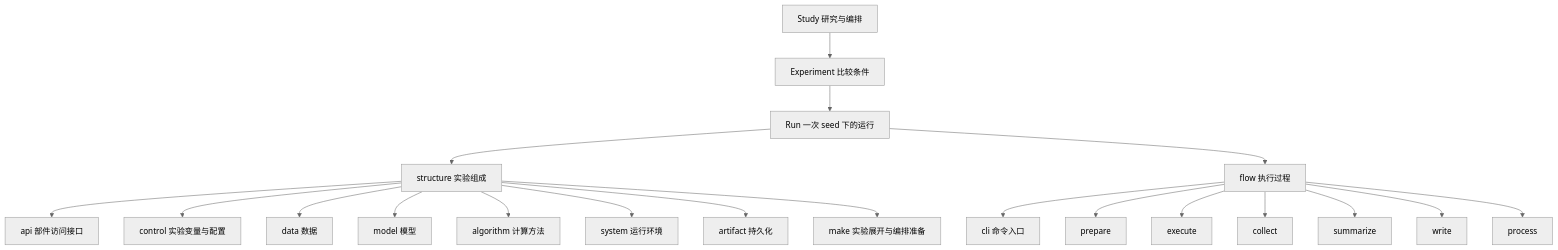
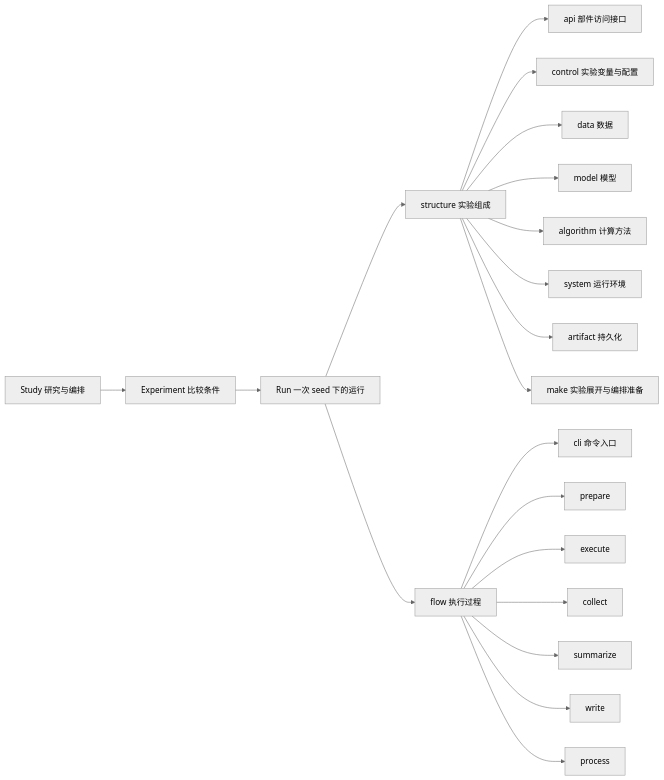
The first of 4 diagrams in docs/架构设计 Architecture Design 研究流水线.md (DreamSoul-AI/RPipe), drawn with Mermaid (neutral theme) before and after one commit. The commit also changed 7 other files, not shown here.

````diff
--- a/docs/架构设计 Architecture Design 研究流水线.md
+++ b/docs/架构设计 Architecture Design 研究流水线.md
@@ -21,22 +21,22 @@
 ```mermaid
-flowchart TB
+flowchart LR
     Study[Study 研究与编排] --> Experiment[Experiment 比较条件]
     Experiment --> Run[Run 一次 seed 下的运行]
     Run --> Structure[structure 实验组成]
     Run --> Flow[flow 执行过程]
     Structure --> api[api 部件访问接口]
     Structure --> control[control 实验变量与配置]
     Structure --> data[data 数据]
     Structure --> model[model 模型]
     Structure --> algorithm[algorithm 计算方法]
     Structure --> system[system 运行环境]
     Structure --> artifact[artifact 持久化]
     Structure --> make[make 实验展开与编排准备]
     Flow --> cli[cli 命令入口]
     Flow --> prepare
     Flow --> execute
     Flow --> collect
     Flow --> summarize
     Flow --> write
     Flow --> process
 ```
````
